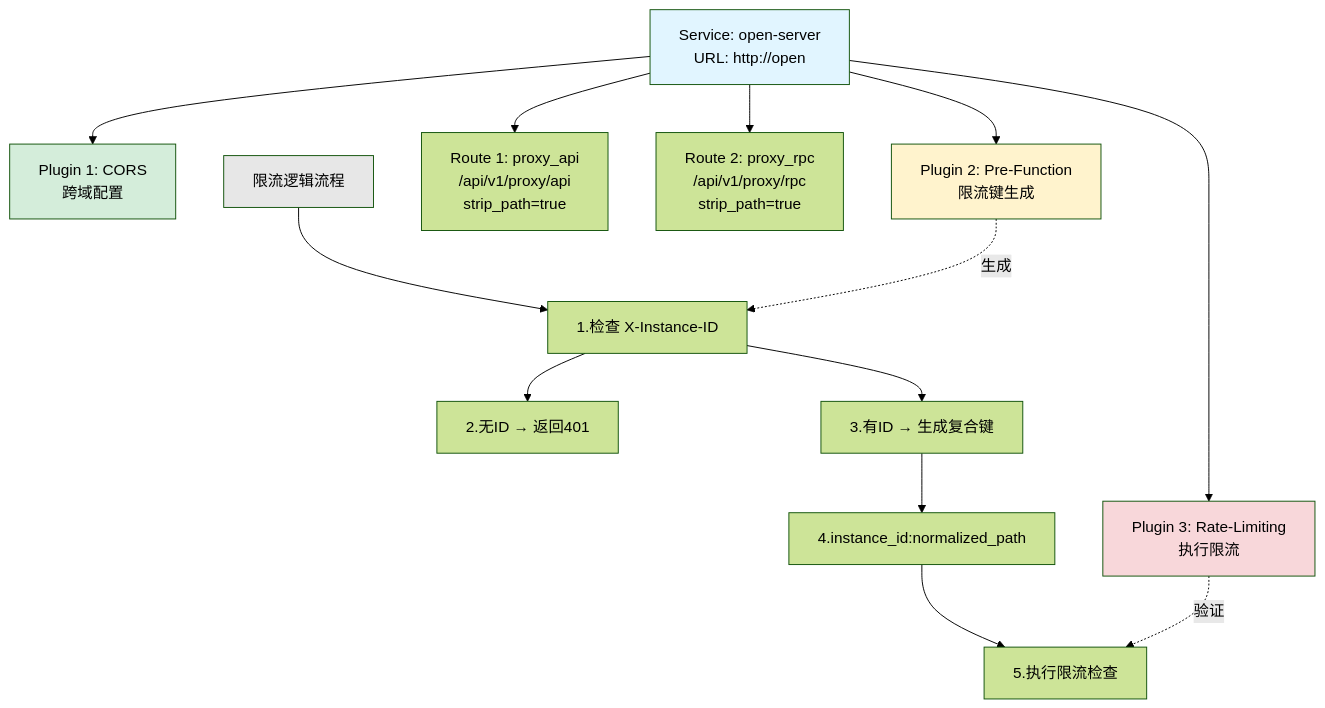
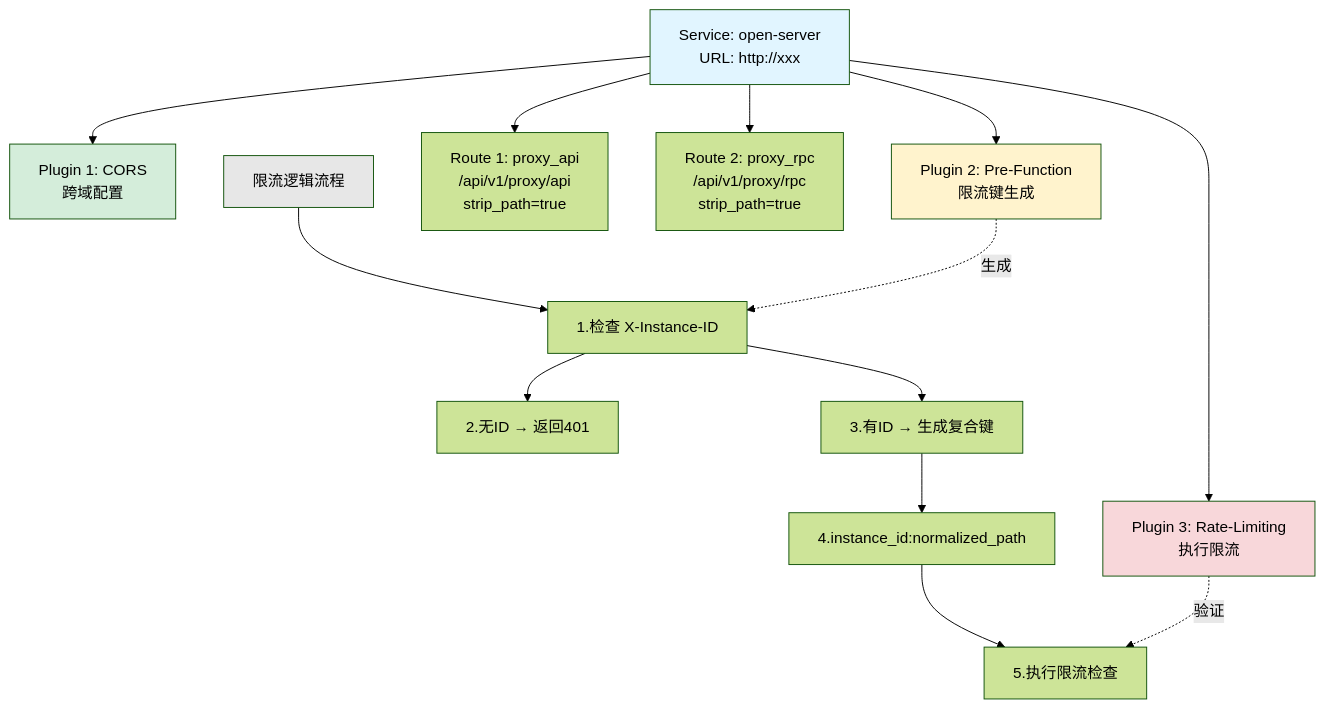
Before and after one commit to yingjianzh/iodraw-files: the diagram in all/未命名-8.md, drawn with Mermaid (forest theme).

Commit message:
2025-12-10 10:59:41 update

````diff
--- a/all/未命名-8.md
+++ b/all/未命名-8.md
@@ -1,39 +1,39 @@
 ```mermaid
 graph TB
-    S1[Service: open-server<br/>URL: http://open]
+    S1[Service: open-server<br/>URL: http://xxx]
     
     S1P1[Plugin 1: CORS<br/>跨域配置]
     S1P2[Plugin 2: Pre-Function<br/>限流键生成]
     S1P3[Plugin 3: Rate-Limiting<br/>执行限流]
     
     R1[Route 1: proxy_api<br/>/api/v1/proxy/api<br/>strip_path=true]
     R2[Route 2: proxy_rpc<br/>/api/v1/proxy/rpc<br/>strip_path=true]
     
     S1 --> S1P1
     S1 --> S1P2
     S1 --> S1P3
     S1 --> R1
     S1 --> R2
     
     Logic[限流逻辑流程]
     L1[1.检查 X-Instance-ID]
     L2[2.无ID → 返回401]
     L3[3.有ID → 生成复合键]
     L4[4.instance_id:normalized_path]
     L5[5.执行限流检查]
     
     Logic --> L1
     L1 --> L2
     L1 --> L3
     L3 --> L4
     L4 --> L5
     
     S1P2 -.生成.-> L1
     S1P3 -.验证.-> L5
     
     style S1 fill:#e1f5ff
     style S1P1 fill:#d4edda
     style S1P2 fill:#fff3cd
     style S1P3 fill:#f8d7da
     style Logic fill:#e7e7e7
 ```
````
